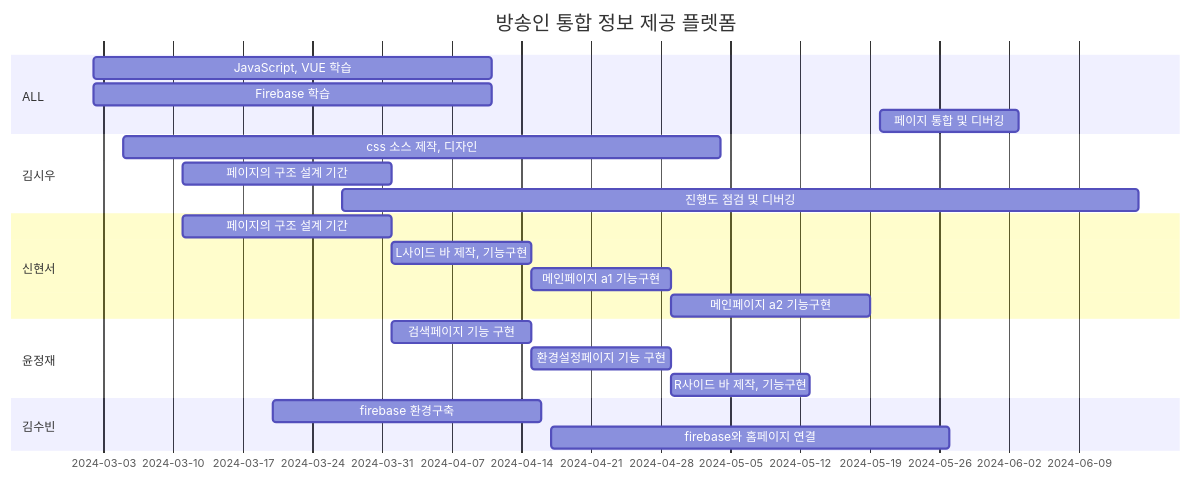
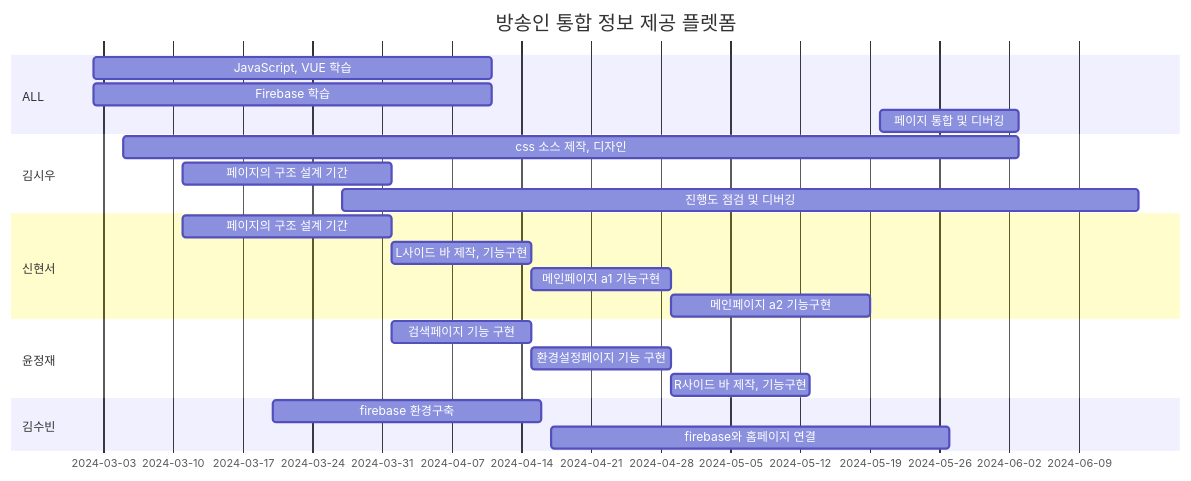
The diagram in README.md (kimsiwoo12/kimsiwoo12), drawn with Mermaid before and after one commit.

````diff
--- a/README.md
+++ b/README.md
@@ -8,30 +8,30 @@
 ```mermaid
 gantt
     title 방송인 통합 정보 제공 플렛폼
     dateFormat  YYYY-MM-DD
 
     section ALL
     JavaScript, VUE 학습     :a1, 2024-03-02, 40d
     Firebase 학습            :a2, 2024-03-02, 40d
     페이지 통합 및 디버깅    :a3, 2024-05-20, 14d
 
     section 김시우
-    css 소스 제작, 디자인    :a1, 2024-03-05, 60d
+    css 소스 제작, 디자인    :a1, 2024-03-05, 90d
     페이지의 구조 설계 기간  :a2, 2024-03-11, 21d
     진행도 점검 및 디버깅    :a3, 2024-03-27, 80d
 
     section 신현서
     페이지의 구조 설계 기간     :a1, 2024-03-11, 21d
     L사이드 바 제작, 기능구현   :a2, 2024-04-01, 14d
     메인페이지 a1 기능구현      :a3, 2024-04-15, 14d
     메인페이지 a2 기능구현      :a4, 2024-04-29, 20d
 
     section 윤정재
     검색페이지 기능 구현          :a1, 2024-04-01, 14d
     환경설정페이지 기능 구현      :a2, 2024-04-15, 14d
     R사이드 바 제작, 기능구현     :a3, 2024-04-29, 14d
 
     section 김수빈
     firebase 환경구축        :a1, 2024-03-20, 27d
     firebase와 홈페이지 연결 :a2, 2024-04-17, 40d
 ```
````
